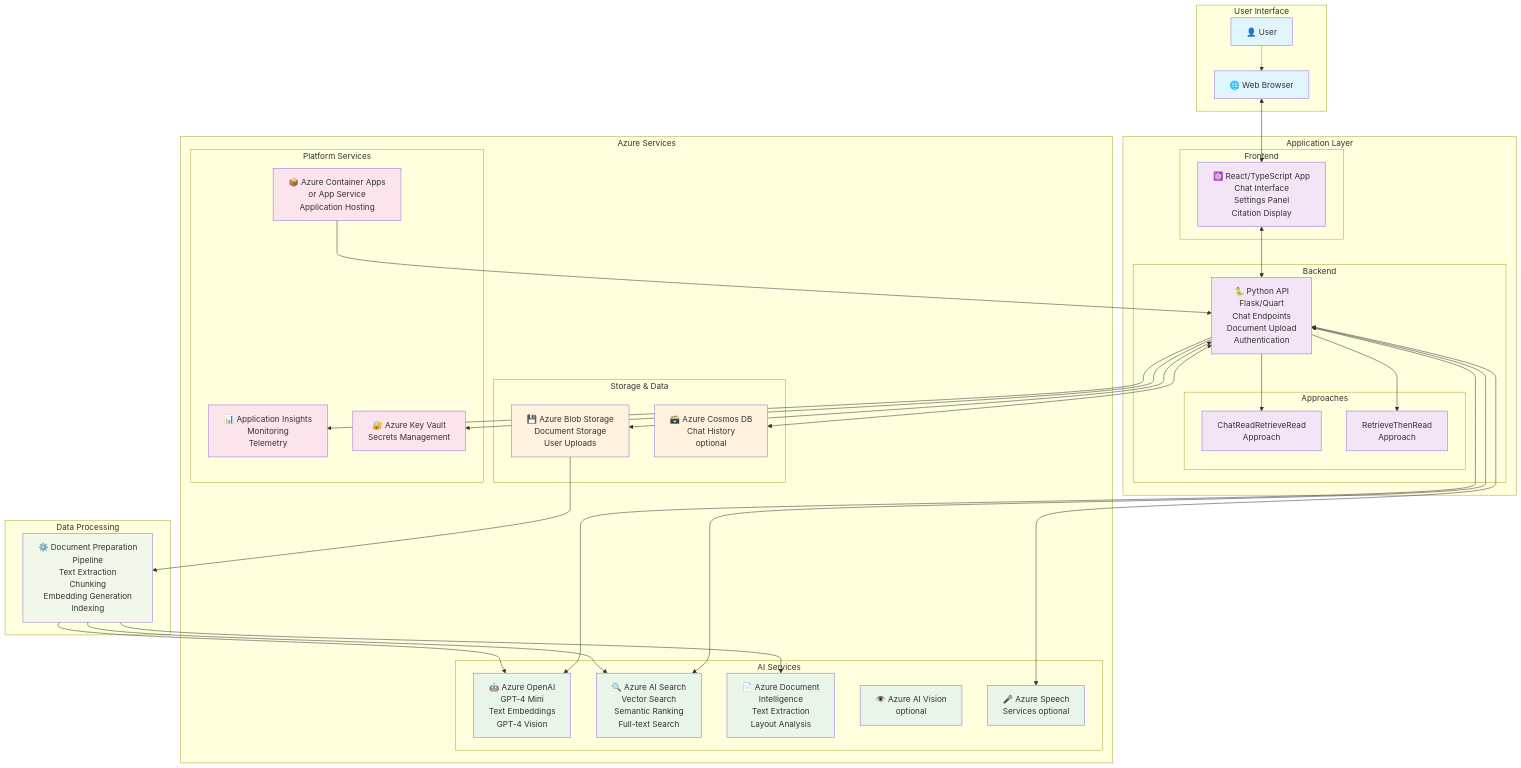
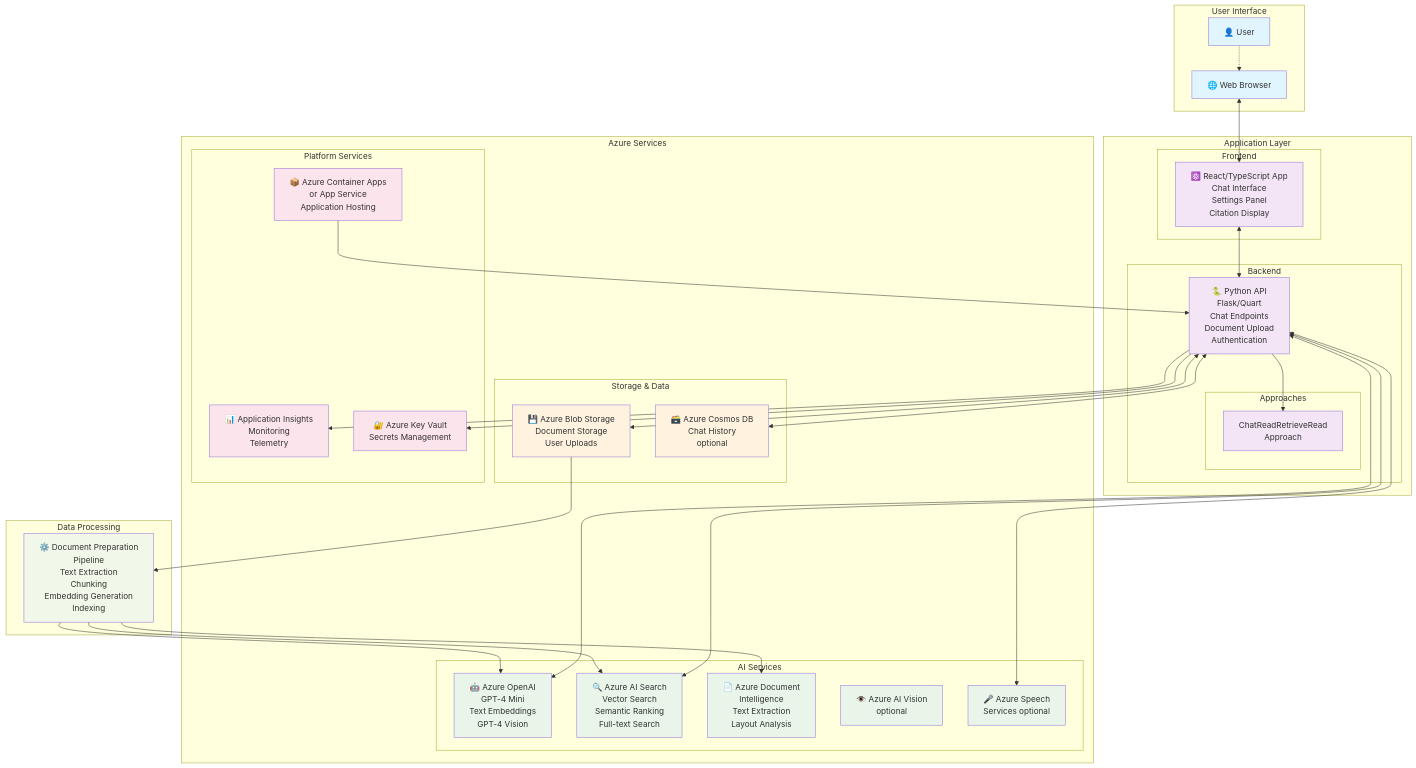
The first of 3 diagrams in docs/architecture.md (Azure-Samples/azure-search-openai-demo), drawn with Mermaid before and after one commit. The commit also changed other lines of this file and 63 other files, not shown here.

```diff
--- a/docs/architecture.md
+++ b/docs/architecture.md
@@ -19,13 +19,12 @@
         subgraph "Frontend"
             React[⚛️ React/TypeScript App<br/>Chat Interface<br/>Settings Panel<br/>Citation Display]
         end
-        
+
         subgraph "Backend"
             API[🐍 Python API<br/>Flask/Quart<br/>Chat Endpoints<br/>Document Upload<br/>Authentication]
-            
+
             subgraph "Approaches"
                 CRR[ChatReadRetrieveRead<br/>Approach]
-                RTR[RetrieveThenRead<br/>Approach]
             end
         end
     end
@@ -38,12 +37,12 @@
             Vision2[👁️ Azure AI Vision<br/>optional]
             Speech[🎤 Azure Speech<br/>Services optional]
         end
-        
+
         subgraph "Storage & Data"
             Blob[💾 Azure Blob Storage<br/>Document Storage<br/>User Uploads]
             Cosmos[🗃️ Azure Cosmos DB<br/>Chat History<br/>optional]
         end
-        
+
         subgraph "Platform Services"
             ContainerApps[📦 Azure Container Apps<br/>or App Service<br/>Application Hosting]
             AppInsights[📊 Application Insights<br/>Monitoring<br/>Telemetry]
@@ -62,26 +61,25 @@
 
     %% Backend Processing
     API --> CRR
-    API --> RTR
-    
+
     %% Azure Service Connections
     API <--> OpenAI
     API <--> Search
     API <--> Blob
     API <--> Cosmos
     API <--> Speech
-    
+
     %% Document Processing Flow
     Blob --> PrepDocs
     PrepDocs --> DocIntel
     PrepDocs --> OpenAI
     PrepDocs --> Search
-    
+
     %% Platform Integration
     ContainerApps --> API
     API --> AppInsights
     API --> KeyVault
-    
+
     %% Styling
     classDef userLayer fill:#e1f5fe
     classDef appLayer fill:#f3e5f5
@@ -89,9 +87,9 @@
     classDef azureStorage fill:#fff3e0
     classDef azurePlatform fill:#fce4ec
     classDef processing fill:#f1f8e9
-    
+
     class User,Browser userLayer
-    class React,API,CRR,RTR appLayer
+    class React,API,CRR appLayer
     class OpenAI,Search,DocIntel,Vision2,Speech azureAI
     class Blob,Cosmos azureStorage
     class ContainerApps,AppInsights,KeyVault azurePlatform
```
